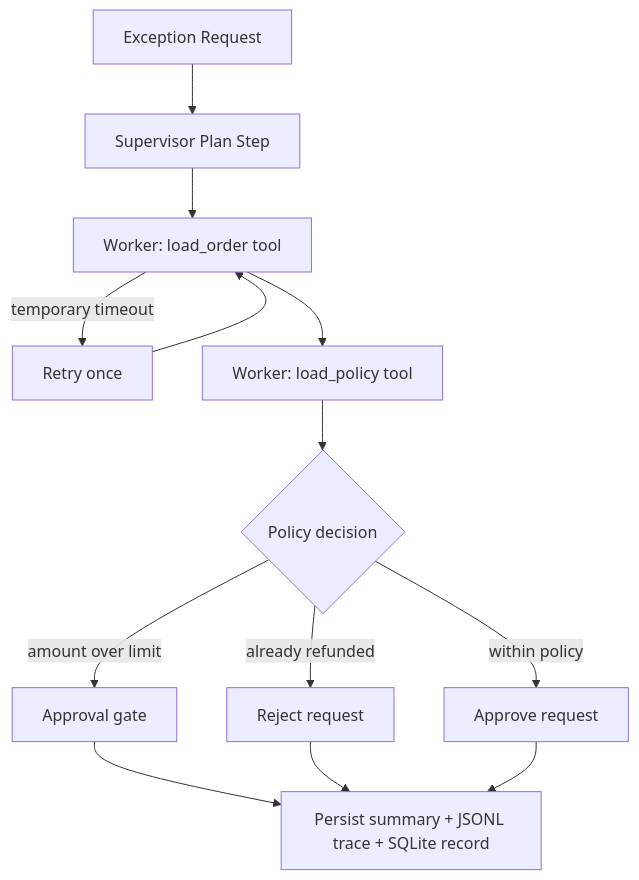
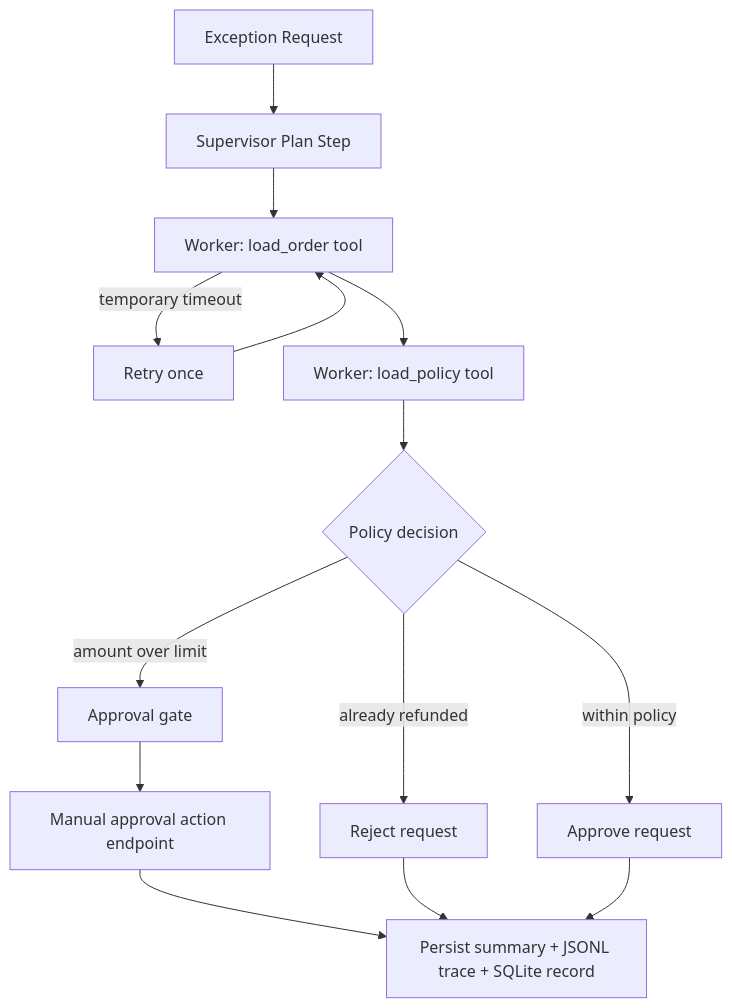
Before and after one commit to srn91/agent-workflow-studio: the diagram in README.md, drawn with Mermaid. The commit also changed other lines of this file and 6 other files, not shown here.

Commit message:
Implement V2 roadmap upgrade

````diff
--- a/README.md
+++ b/README.md
@@ -20,15 +21,16 @@
 ```mermaid
 flowchart TD
     A["Exception Request"] --> B["Supervisor Plan Step"]
     B --> C["Worker: load_order tool"]
     C -->|temporary timeout| D["Retry once"]
     D --> C
     C --> E["Worker: load_policy tool"]
     E --> F{"Policy decision"}
     F -->|amount over limit| G["Approval gate"]
     F -->|already refunded| H["Reject request"]
     F -->|within policy| I["Approve request"]
-    G --> J["Persist summary + JSONL trace + SQLite record"]
+    G --> K["Manual approval action endpoint"]
+    K --> J["Persist summary + JSONL trace + SQLite record"]
     H --> J
     I --> J
 ```
````
